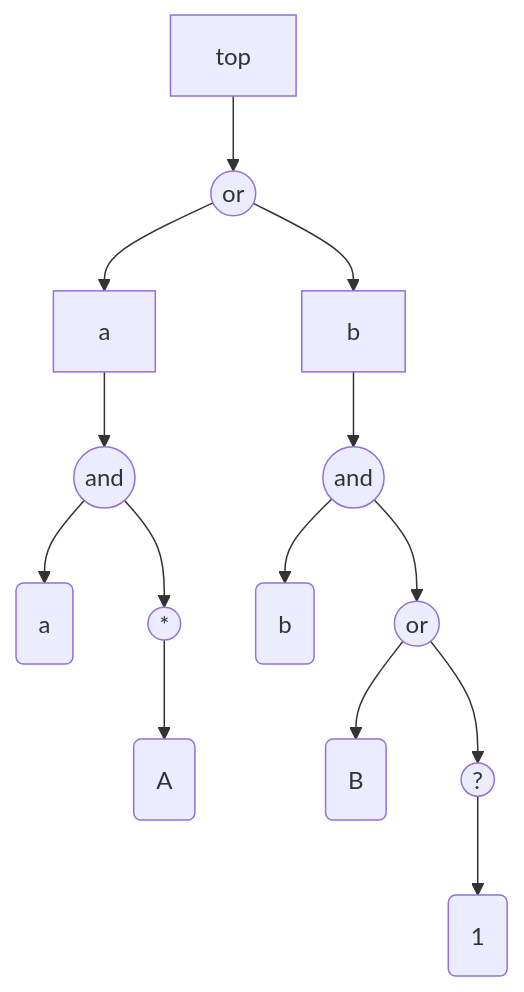
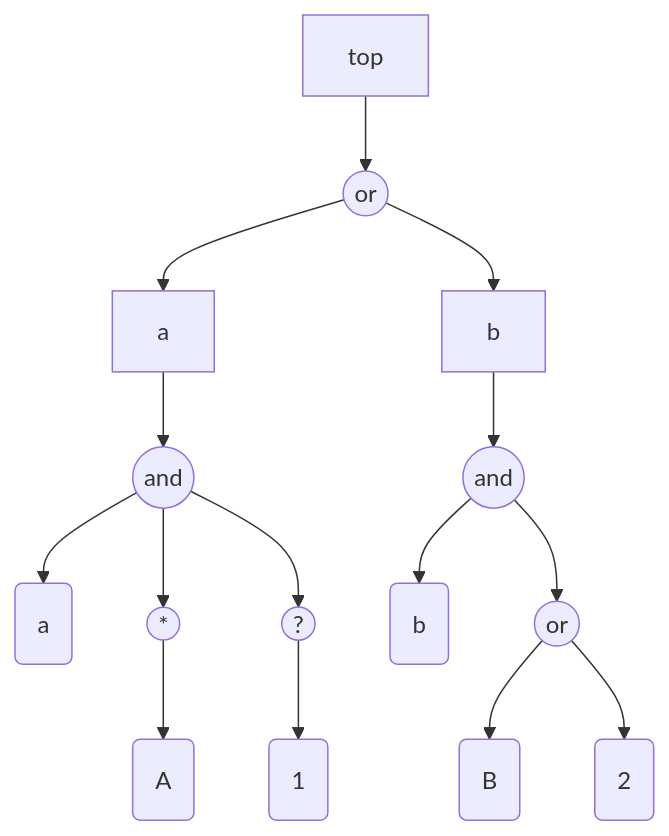
One commit to antononcube/Raku-FunctionalParsers changed the first of 3 diagrams in README.md. Above: the diagram before and after it, drawn with Mermaid. The commit also changed other lines of this file and 1 other file, not shown here.

Commit message:
docs:Better MermaidJS examples.

````diff
--- a/README.md
+++ b/README.md
@@ -304,30 +304,32 @@
 ```mermaid
 graph TD
-	opt14((?))
-	NT:a[a]
-	seq10((and))
 	T:a(a)
 	NT:top[top]
+	T:2(2)
+	seq5((and))
+	opt9((?))
+	NT:b[b]
 	T:A(A)
-	alt12((or))
+	T:b(b)
+	T:1(1)
+	NT:a[a]
+	T:B(B)
 	rep7((*))
-	seq5((and))
-	T:b(b)
-	T:B(B)
+	alt14((or))
+	seq12((and))
 	alt1((or))
-	T:1(1)
-	NT:b[b]
 	alt1 --> NT:a
 	alt1 --> NT:b
 	NT:top --> alt1
 	rep7 --> T:A
+	opt9 --> T:1
 	seq5 --> T:a
 	seq5 --> rep7
+	seq5 --> opt9
 	NT:a --> seq5
-	opt14 --> T:1
-	alt12 --> T:B
-	alt12 --> opt14
-	seq10 --> T:b
-	seq10 --> alt12
-	NT:b --> seq10
+	alt14 --> T:B
+	alt14 --> T:2
+	seq12 --> T:b
+	seq12 --> alt14
+	NT:b --> seq12
 ```
````
